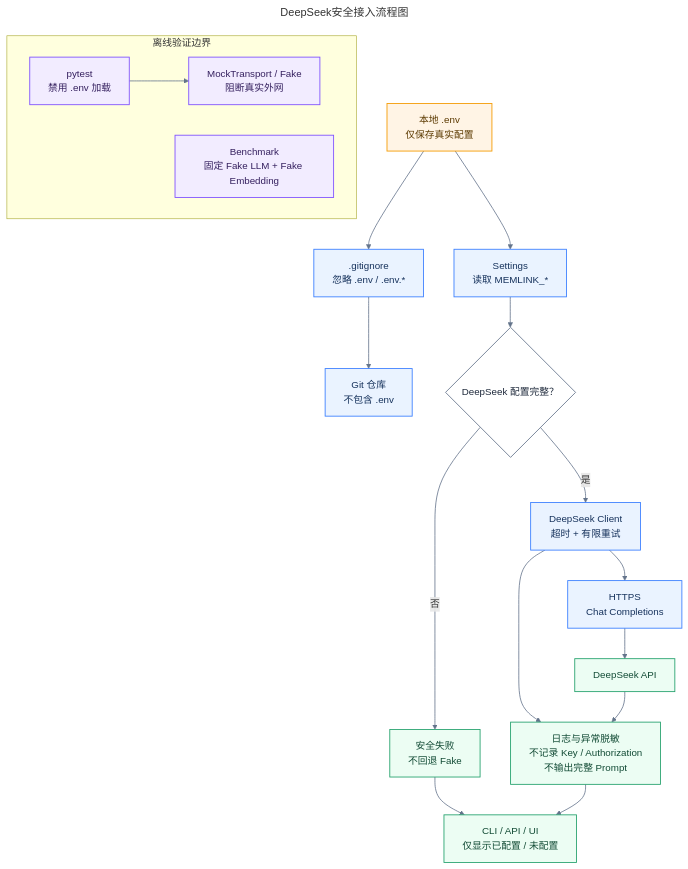
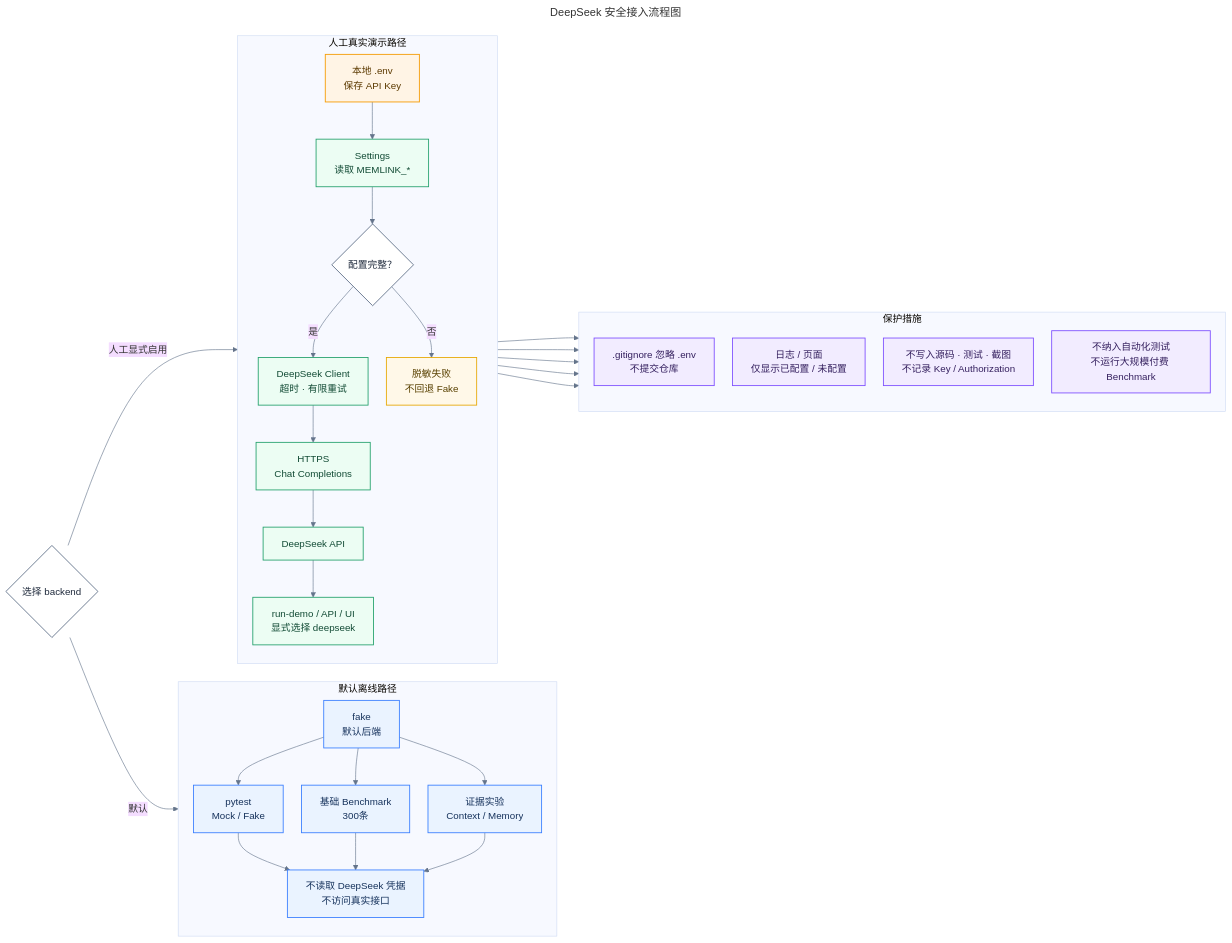
The diagram in docs/diagrams/deepseek_security.mmd (fjy1111/memlink), drawn with Mermaid before and after one commit. The commit also changed 24 other files, not shown here.

Commit message:
docs: 统一比赛架构图与流程图

```diff
--- a/docs/diagrams/deepseek_security.mmd
+++ b/docs/diagrams/deepseek_security.mmd
@@ -1,44 +1,67 @@
 ---
-title: DeepSeek安全接入流程图
+title: DeepSeek 安全接入流程图
 ---
-%% 图示说明：展示真实 DeepSeek 配置、HTTPS 调用、脱敏输出，以及 pytest 和 Benchmark 的离线隔离。
-flowchart TD
-    ENV["本地 .env<br/>仅保存真实配置"]
-    IGNORE[".gitignore<br/>忽略 .env / .env.*"]
-    GIT["Git 仓库<br/>不包含 .env"]
-    SETTINGS["Settings<br/>读取 MEMLINK_*"]
-    CHECK{"DeepSeek 配置完整？"}
-    FAIL["安全失败<br/>不回退 Fake"]
-    CLIENT["DeepSeek Client<br/>超时 + 有限重试"]
-    HTTPS["HTTPS<br/>Chat Completions"]
-    DEEPSEEK["DeepSeek API"]
-    REDACT["日志与异常脱敏<br/>不记录 Key / Authorization<br/>不输出完整 Prompt"]
-    STATUS["CLI / API / UI<br/>仅显示已配置 / 未配置"]
+%% 图示说明：展示 Fake 默认离线边界与 DeepSeek 人工显式接入、.env 隔离和日志脱敏流程。
+%%{init: {"theme":"base","flowchart":{"curve":"basis","nodeSpacing":30,"rankSpacing":36},"themeVariables":{"fontFamily":"Microsoft YaHei, Noto Sans CJK SC, sans-serif","fontSize":"16px","lineColor":"#64748B"}}}%%
+flowchart LR
+    SELECT{"选择 backend"}
 
-    subgraph OFFLINE["离线验证边界"]
-        direction LR
-        PYTEST["pytest<br/>禁用 .env 加载"]
-        MOCK["MockTransport / Fake<br/>阻断真实外网"]
-        BENCH["Benchmark<br/>固定 Fake LLM + Fake Embedding"]
-        PYTEST --> MOCK
+    subgraph OFFLINE["默认离线路径"]
+        direction TB
+        FAKE["fake<br/>默认后端"]
+        TEST["pytest<br/>Mock / Fake"]
+        BASE["基础 Benchmark<br/>300条"]
+        EVIDENCE["证据实验<br/>Context / Memory"]
+        BLOCK["不读取 DeepSeek 凭据<br/>不访问真实接口"]
+        FAKE --> TEST
+        FAKE --> BASE
+        FAKE --> EVIDENCE
+        TEST --> BLOCK
+        BASE --> BLOCK
+        EVIDENCE --> BLOCK
     end
 
-    ENV --> SETTINGS --> CHECK
-    ENV --> IGNORE --> GIT
-    CHECK -->|"否"| FAIL --> STATUS
-    CHECK -->|"是"| CLIENT --> HTTPS --> DEEPSEEK
-    CLIENT --> REDACT
-    DEEPSEEK --> REDACT
-    REDACT --> STATUS
+    subgraph REAL["人工真实演示路径"]
+        direction TB
+        ENV["本地 .env<br/>保存 API Key"]
+        SETTINGS["Settings<br/>读取 MEMLINK_*"]
+        CHECK{"配置完整？"}
+        CLIENT["DeepSeek Client<br/>超时 · 有限重试"]
+        HTTPS["HTTPS<br/>Chat Completions"]
+        API["DeepSeek API"]
+        DEMO["run-demo / API / UI<br/>显式选择 deepseek"]
+        SAFE_FAIL["脱敏失败<br/>不回退 Fake"]
+        ENV --> SETTINGS --> CHECK
+        CHECK -->|"是"| CLIENT --> HTTPS --> API --> DEMO
+        CHECK -->|"否"| SAFE_FAIL
+    end
+
+    subgraph PROTECT["保护措施"]
+        direction TB
+        IGNORE[".gitignore 忽略 .env<br/>不提交仓库"]
+        REDACT["日志 / 页面<br/>仅显示已配置 / 未配置"]
+        NO_SECRET["不写入源码 · 测试 · 截图<br/>不记录 Key / Authorization"]
+        NO_PAID["不纳入自动化测试<br/>不运行大规模付费 Benchmark"]
+    end
+
+    SELECT -->|"默认"| FAKE
+    SELECT -->|"人工显式启用"| SETTINGS
+    ENV --> IGNORE
+    SETTINGS --> REDACT
+    CLIENT --> NO_SECRET
+    DEMO --> NO_PAID
+    SAFE_FAIL --> REDACT
+
+    classDef choice fill:#FFFFFF,stroke:#64748B,color:#1E293B,stroke-width:1.5px;
+    classDef offline fill:#EAF3FF,stroke:#377DFF,color:#16325C,stroke-width:1.4px;
+    classDef real fill:#ECFDF3,stroke:#22A06B,color:#124B35,stroke-width:1.4px;
     classDef secret fill:#FFF4E5,stroke:#F59E0B,color:#5C3A00,stroke-width:1.5px;
-    classDef config fill:#EAF3FF,stroke:#377DFF,color:#16325C,stroke-width:1.4px;
-    classDef secure fill:#ECFDF3,stroke:#22A06B,color:#124B35,stroke-width:1.4px;
-    classDef offline fill:#F2ECFF,stroke:#7C4DFF,color:#35205F,stroke-width:1.4px;
-    classDef decision fill:#FFFFFF,stroke:#64748B,color:#1E293B,stroke-width:1.4px;
+    classDef protect fill:#F2ECFF,stroke:#7C4DFF,color:#35205F,stroke-width:1.4px;
+    classDef failure fill:#FFF8E8,stroke:#E6A700,color:#594100,stroke-width:1.4px;
 
+    class SELECT,CHECK choice;
+    class FAKE,TEST,BASE,EVIDENCE,BLOCK offline;
+    class SETTINGS,CLIENT,HTTPS,API,DEMO real;
     class ENV secret;
-    class IGNORE,GIT,SETTINGS,CLIENT,HTTPS config;
-    class FAIL,DEEPSEEK,REDACT,STATUS secure;
-    class PYTEST,MOCK,BENCH offline;
-    class CHECK decision;
-    linkStyle default stroke:#64748B,stroke-width:1.3px;
+    class IGNORE,REDACT,NO_SECRET,NO_PAID protect;
+    class SAFE_FAIL failure;
```
